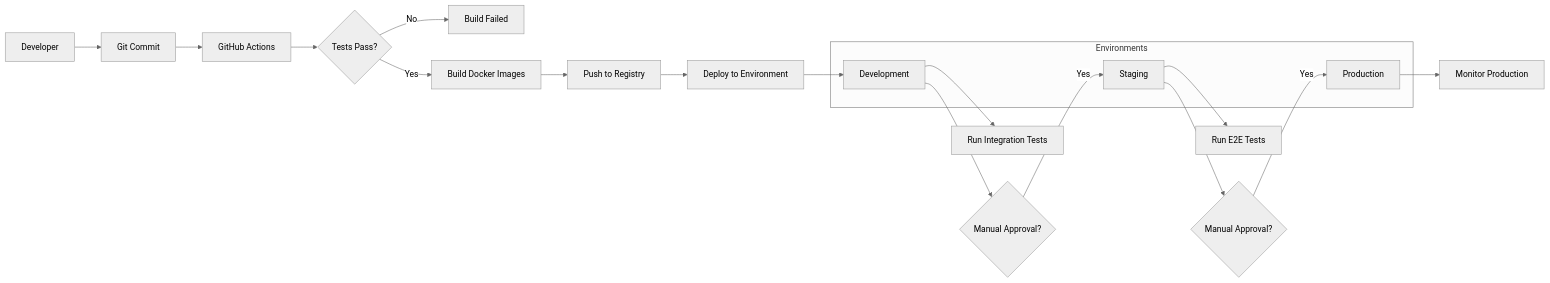
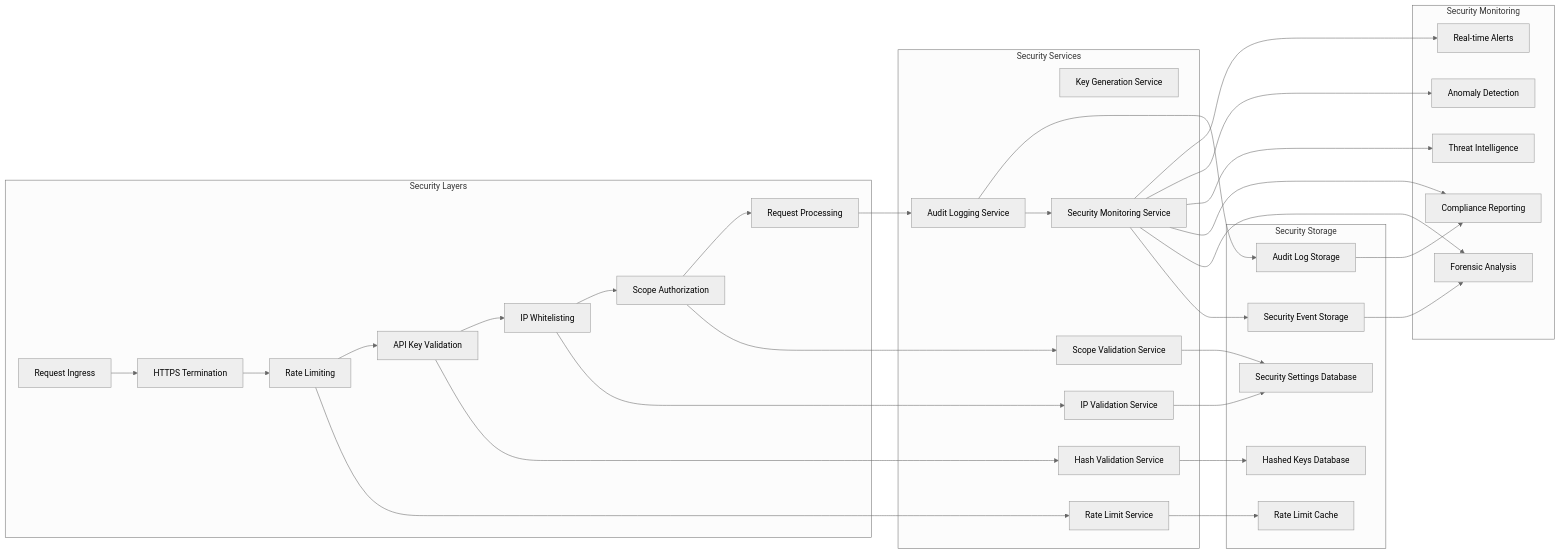
Before and after one commit to vinhltt/3_tihomo: the tenth of 10 diagrams in design-docs/03-architecture/diagrams/flowcharts-v4.md, drawn with Mermaid (neutral theme). The commit also changed other lines of this file and 12 other files, not shown here.

First line of the commit message:
feat(api): Update design Enhanced API Key Management system

````diff
--- a/design-docs/03-architecture/diagrams/flowcharts-v4.md
+++ b/design-docs/03-architecture/diagrams/flowcharts-v4.md
@@ -289,26 +645,63 @@
 ```mermaid
 flowchart LR
-    A[Developer] --> B[Git Commit]
-    B --> C[GitHub Actions]
-    C --> D{Tests Pass?}
-    D -->|No| E[Build Failed]
-    D -->|Yes| F[Build Docker Images]
-    F --> G[Push to Registry]
-    G --> H[Deploy to Environment]
-    
-    subgraph Environments
-        H1[Development]
-        H2[Staging]
-        H3[Production]
+    subgraph Security Layers
+        A[Request Ingress] --> B[HTTPS Termination]
+        B --> C[Rate Limiting]
+        C --> D[API Key Validation]
+        D --> E[IP Whitelisting]
+        E --> F[Scope Authorization]
+        F --> G[Request Processing]
     end
     
-    H --> H1
-    H1 --> I{Manual Approval?}
-    I -->|Yes| H2
-    H2 --> J{Manual Approval?}
-    J -->|Yes| H3
+    subgraph Security Services
+        H[Key Generation Service]
+        I[Hash Validation Service]
+        J[Rate Limit Service]
+        K[IP Validation Service]
+        L[Scope Validation Service]
+        M[Audit Logging Service]
+        N[Security Monitoring Service]
+    end
     
-    H1 --> K[Run Integration Tests]
-    H2 --> L[Run E2E Tests]
-    H3 --> M[Monitor Production]
+    subgraph Security Storage
+        O[Hashed Keys Database]
+        P[Security Settings Database]
+        Q[Rate Limit Cache]
+        R[Audit Log Storage]
+        S[Security Event Storage]
+    end
+    
+    subgraph Security Monitoring
+        T[Real-time Alerts]
+        U[Anomaly Detection]
+        V[Threat Intelligence]
+        W[Compliance Reporting]
+        X[Forensic Analysis]
+    end
+    
+    %% Security flow connections
+    D --> I
+    C --> J
+    E --> K
+    F --> L
+    G --> M
+    
+    I --> O
+    J --> Q
+    K --> P
+    L --> P
+    M --> R
+    
+    %% Monitoring connections
+    M --> N
+    N --> T
+    N --> U
+    N --> V
+    N --> W
+    N --> X
+    
+    %% Storage connections
+    N --> S
+    R --> W
+    S --> X
 ```
````
